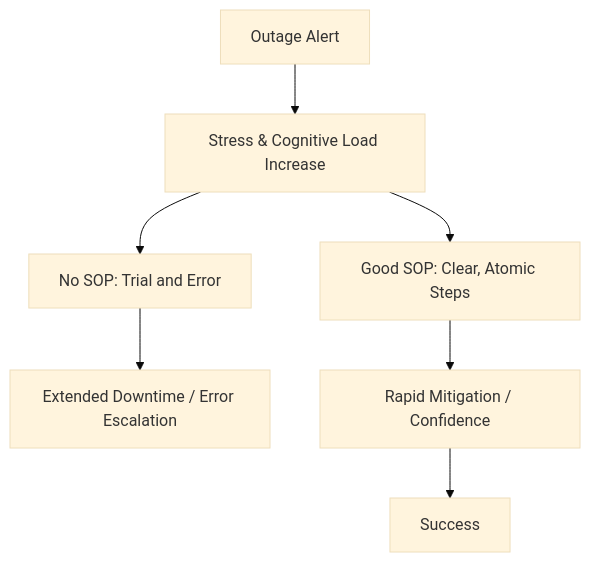
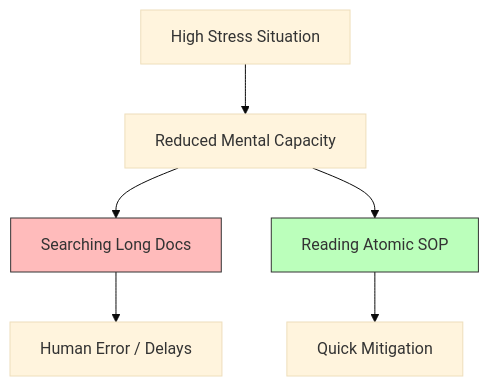
One commit to Ganil151/Devops changed the diagram in 2-Intermediate/00-Runbooks-Procedures/02-Writing-Effective-SOPs/01-Philosophy-and-Mindset/README.md. Above: the diagram before and after it, drawn with Mermaid (base theme). The commit also changed other lines of this file and 73 other files, not shown here.

````diff
--- a/2-Intermediate/00-Runbooks-Procedures/02-Writing-Effective-SOPs/01-Philosophy-and-Mindset/README.md
+++ b/2-Intermediate/00-Runbooks-Procedures/02-Writing-Effective-SOPs/01-Philosophy-and-Mindset/README.md
@@ -15,9 +3,12 @@
 ```mermaid
 graph TD
-    Incident[Outage Alert] --> Panic[Stress & Cognitive Load Increase]
-    Panic --> NoDoc[No SOP: Trial and Error]
-    Panic --> GoodSOP[Good SOP: Clear, Atomic Steps]
-    NoDoc --> Extended[Extended Downtime / Error Escalation]
-    GoodSOP --> Rapid[Rapid Mitigation / Confidence]
-    Rapid --> Resolution[Success]
+    Stress[High Stress Situation] --> Brain[Reduced Mental Capacity]
+    Brain --> ManualSearch[Searching Long Docs]
+    ManualSearch --> Errors[Human Error / Delays]
+    
+    Brain --> AtomicSOP[Reading Atomic SOP]
+    AtomicSOP --> Action[Quick Mitigation]
+    
+    style ManualSearch fill:#fbb,stroke:#333
+    style AtomicSOP fill:#bfb,stroke:#333
 ```
````
